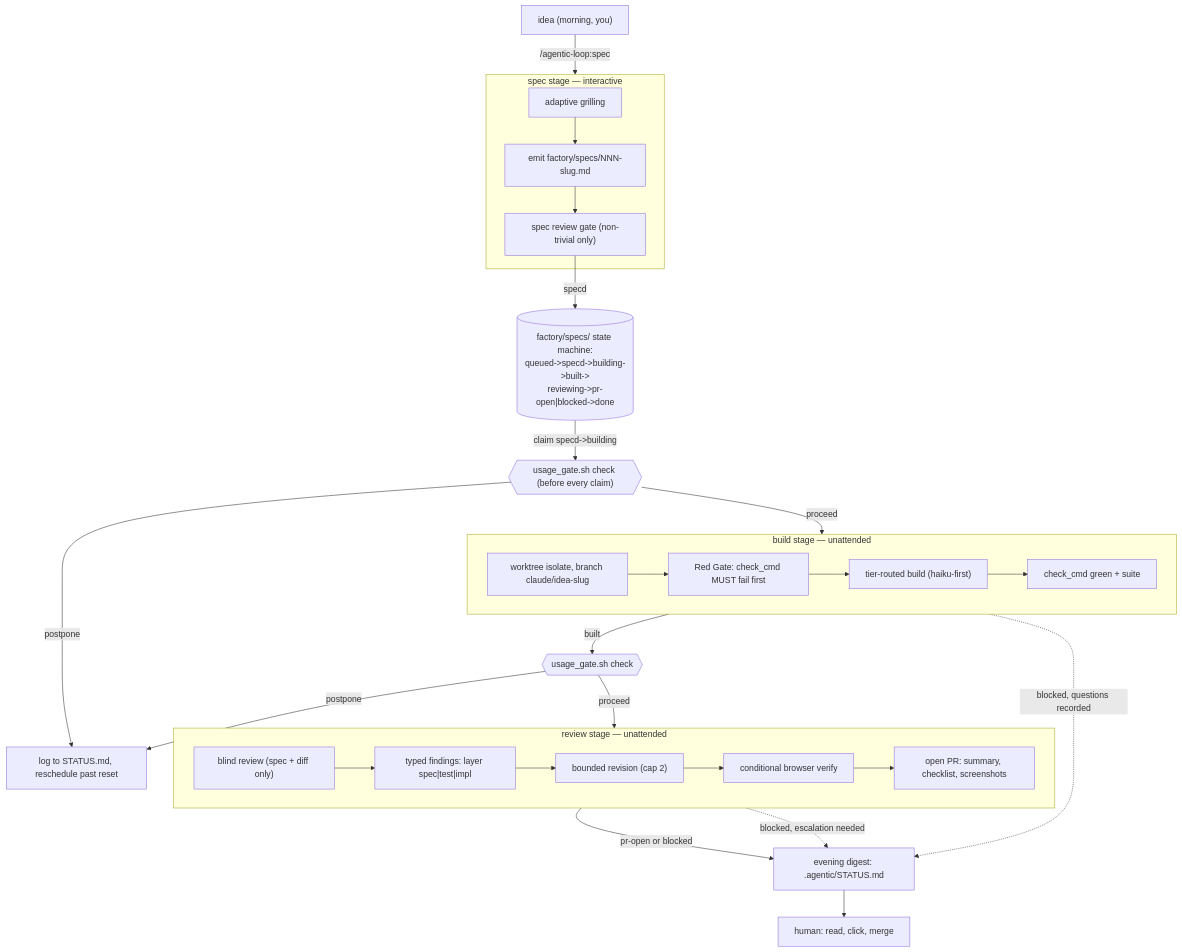
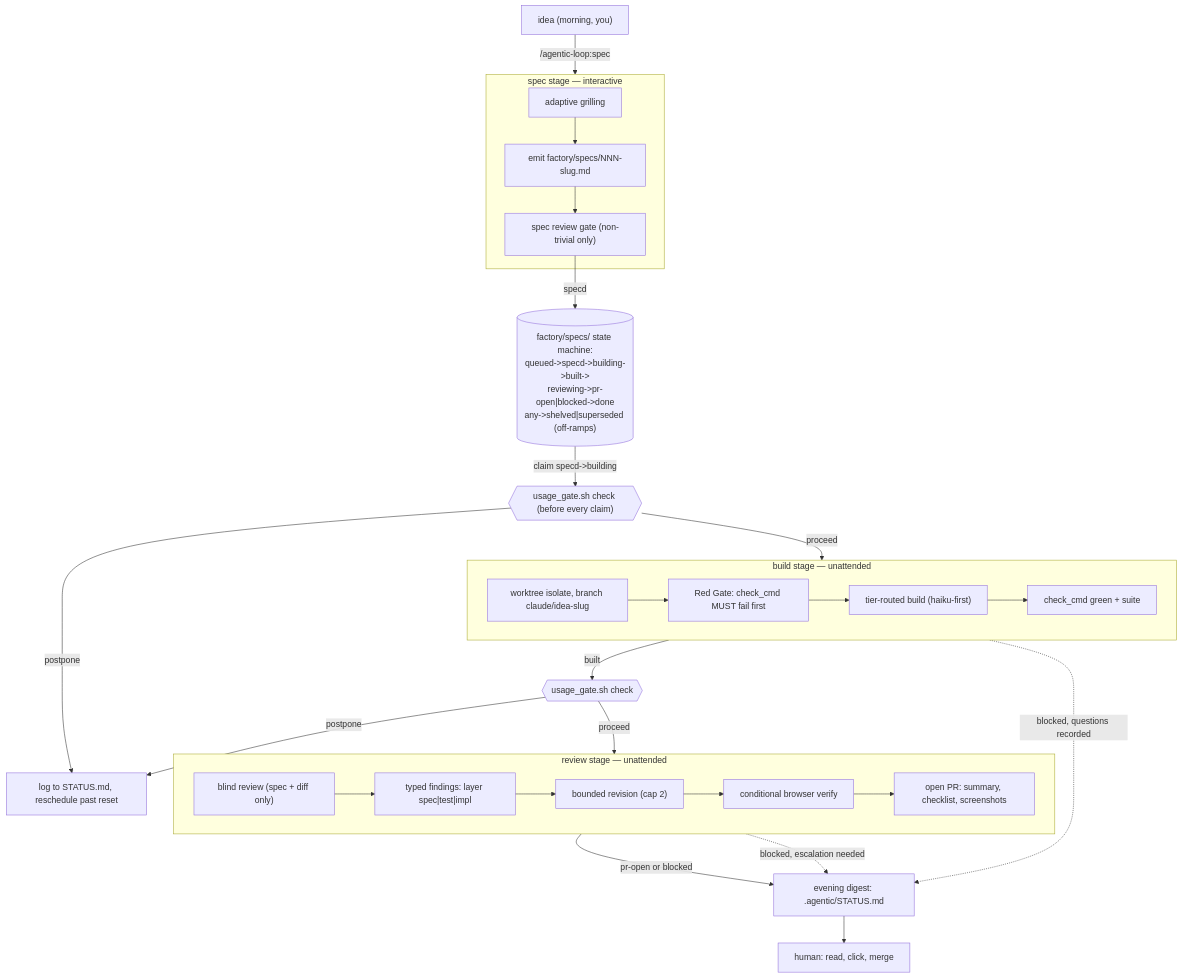
The diagram in docs/factory.md (thedull/agentic-loop), drawn with Mermaid before and after one commit. The commit also changed other lines of this file and 25 other files, not shown here.

````diff
--- a/docs/factory.md
+++ b/docs/factory.md
@@ -53,33 +53,33 @@
 ```mermaid
 flowchart TD
     idea["idea (morning, you)"] -->|"/agentic-loop:spec"| spec_stage
 
     subgraph spec_stage["spec stage — interactive"]
         grill["adaptive grilling"] --> emit["emit factory/specs/NNN-slug.md"] --> gate["spec review gate (non-trivial only)"]
     end
 
-    gate -->|"specd"| queue[("factory/specs/ state machine:\nqueued->specd->building->built->\nreviewing->pr-open|blocked->done")]
+    gate -->|"specd"| queue[("factory/specs/ state machine:\nqueued->specd->building->built->\nreviewing->pr-open|blocked->done\nany->shelved|superseded (off-ramps)")]
 
     usage{{"usage_gate.sh check (before every claim)"}}
     queue -->|"claim specd->building"| usage
     usage -->|proceed| build_stage
     usage -->|postpone| wait["log to STATUS.md, reschedule past reset"]
 
     subgraph build_stage["build stage — unattended"]
         worktree["worktree isolate, branch claude/idea-slug"] --> redgate["Red Gate: check_cmd MUST fail first"] --> tier["tier-routed build (haiku-first)"] --> green["check_cmd green + suite"]
     end
 
     build_stage -->|"built"| usage2{{"usage_gate.sh check"}}
     usage2 -->|proceed| review_stage
     usage2 -->|postpone| wait
 
     subgraph review_stage["review stage — unattended"]
         blind["blind review (spec + diff only)"] --> typed["typed findings: layer spec|test|impl"] --> revise["bounded revision (cap 2)"] --> browser["conditional browser verify"] --> pr["open PR: summary, checklist, screenshots"]
     end
 
     review_stage -->|"pr-open or blocked"| digest["evening digest: .agentic/STATUS.md"]
     digest --> human["human: read, click, merge"]
 
     build_stage -.blocked, questions recorded.-> digest
     review_stage -.blocked, escalation needed.-> digest
 ```
````
